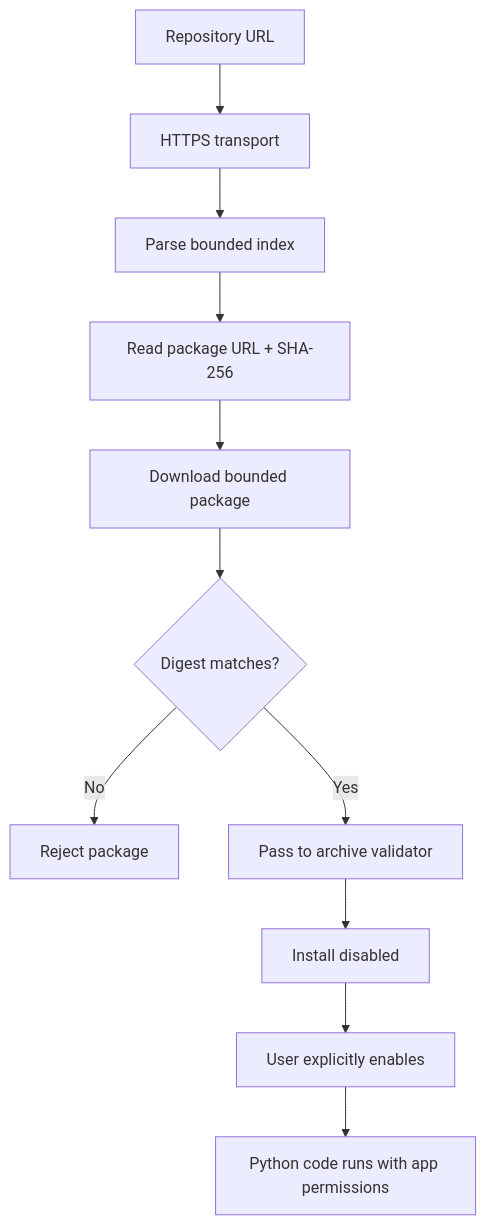
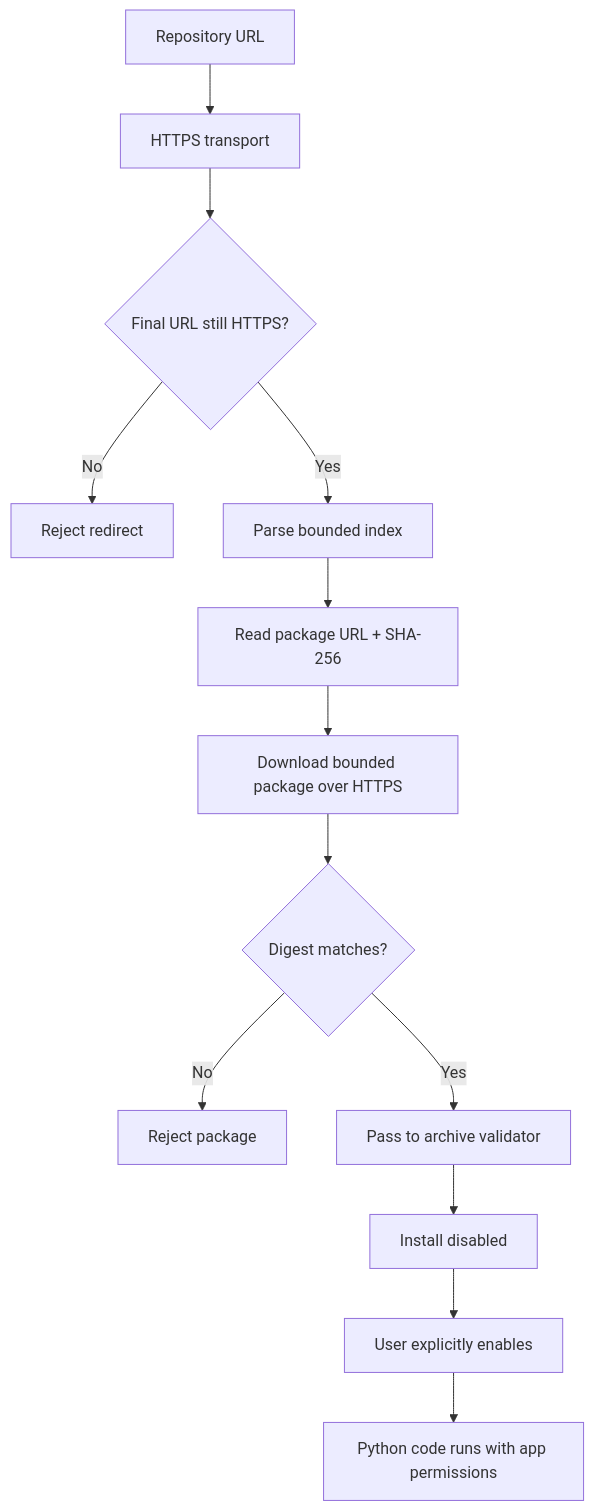
Before and after one commit to SilverCrow2323/rintroflix-muos: the diagram in docs/security.md, drawn with Mermaid. The commit also changed other lines of this file, not shown here.

Commit message:
docs(release): document RintrofliX 2.6.5 security candidate

````diff
--- a/docs/security.md
+++ b/docs/security.md
@@ -17,13 +17,15 @@
 ```mermaid
 flowchart TD
     A[Repository URL] --> B[HTTPS transport]
-    B --> C[Parse bounded index]
-    C --> D[Read package URL + SHA-256]
-    D --> E[Download bounded package]
-    E --> F{Digest matches?}
-    F -- No --> G[Reject package]
-    F -- Yes --> H[Pass to archive validator]
-    H --> I[Install disabled]
-    I --> J[User explicitly enables]
-    J --> K[Python code runs with app permissions]
+    B --> C{Final URL still HTTPS?}
+    C -- No --> X[Reject redirect]
+    C -- Yes --> D[Parse bounded index]
+    D --> E[Read package URL + SHA-256]
+    E --> F[Download bounded package over HTTPS]
+    F --> G{Digest matches?}
+    G -- No --> H[Reject package]
+    G -- Yes --> I[Pass to archive validator]
+    I --> J[Install disabled]
+    J --> K[User explicitly enables]
+    K --> L[Python code runs with app permissions]
 ```
````
